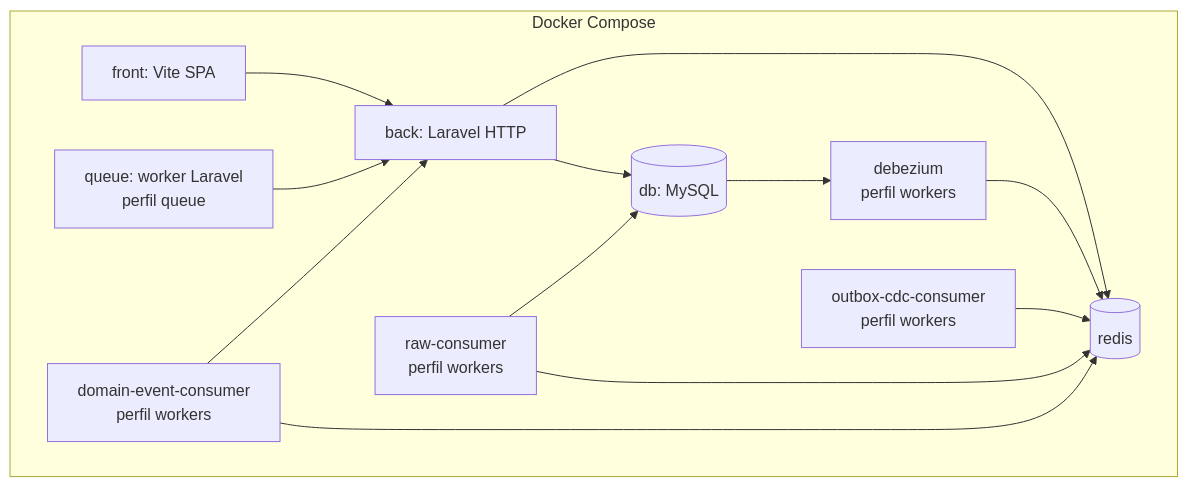
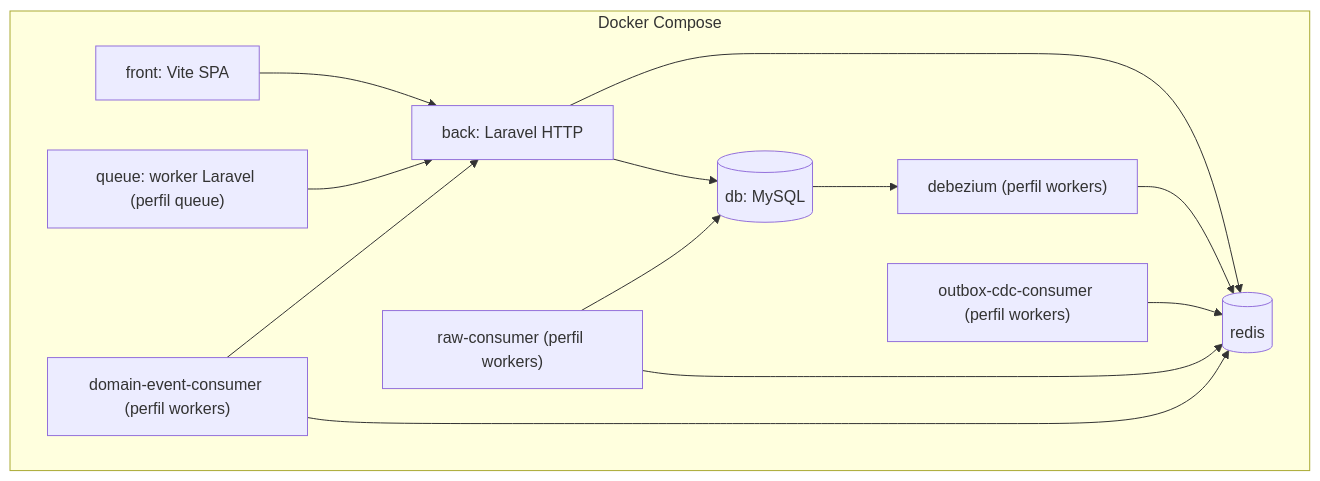
One commit to yojr23/iot-platform-v2 changed the eighth of 20 diagrams in README.md. Above: the diagram before and after it, drawn with Mermaid. The commit also changed other lines of this file and 2 other files, not shown here.

Commit message:
fixes en readme y front configuracion

````diff
--- a/README.md
+++ b/README.md
@@ -474,25 +472,25 @@
-~~~mermaid
+```mermaid
 flowchart TB
     subgraph Compose[Docker Compose]
-        Front[front: Vite SPA]
-        Back[back: Laravel HTTP]
-        DB[(db: MySQL)]
-        Redis[(redis)]
-        Queue[queue: worker Laravel<br/>perfil queue]
-        Debezium[debezium<br/>perfil workers]
-        Cdc[outbox-cdc-consumer<br/>perfil workers]
-        Raw[raw-consumer<br/>perfil workers]
-        Domain[domain-event-consumer<br/>perfil workers]
+        Front["front: Vite SPA"]
+        Back["back: Laravel HTTP"]
+        DB[("db: MySQL")]
+        Redis[("redis")]
+        Queue["queue: worker Laravel (perfil queue)"]
+        Debezium["debezium (perfil workers)"]
+        Cdc["outbox-cdc-consumer (perfil workers)"]
+        Raw["raw-consumer (perfil workers)"]
+        Domain["domain-event-consumer (perfil workers)"]
     end
     Front --> Back
     Back --> DB
     Back --> Redis
     Queue --> Back
     DB --> Debezium
     Debezium --> Redis
     Cdc --> Redis
     Raw --> DB
     Raw --> Redis
     Domain --> Redis
     Domain --> Back
-~~~
+```
````
